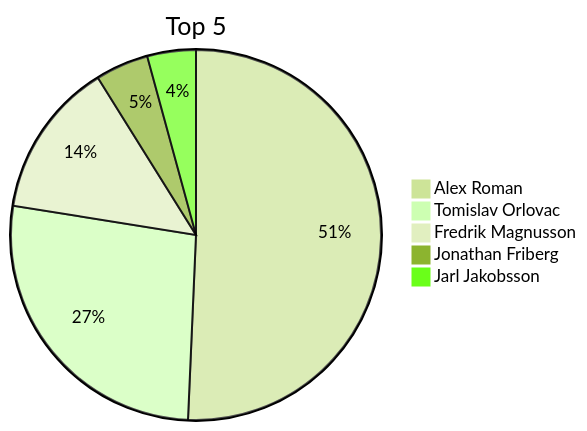
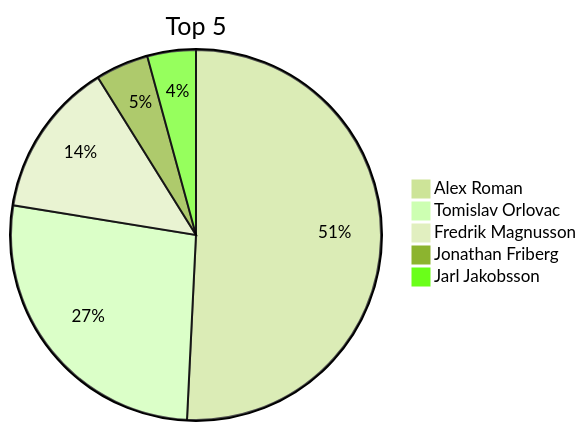
One commit to AlexRoman777/Python-Projects changed the diagram in DevOps22/DevOps22.md. Above: the diagram before and after it, drawn with Mermaid (forest theme). The commit also changed other lines of this file, not shown here.

````diff
--- a/DevOps22/DevOps22.md
+++ b/DevOps22/DevOps22.md
@@ -43,8 +43,8 @@
 ```mermaid
 pie title Top 5
-"Alex Roman" : 2580
+"Alex Roman" : 2589
 "Tomislav Orlovac" : 1366
 "Fredrik Magnusson" : 692
 "Jonathan Friberg" : 236
 "Jarl Jakobsson" : 216
 ```
````
